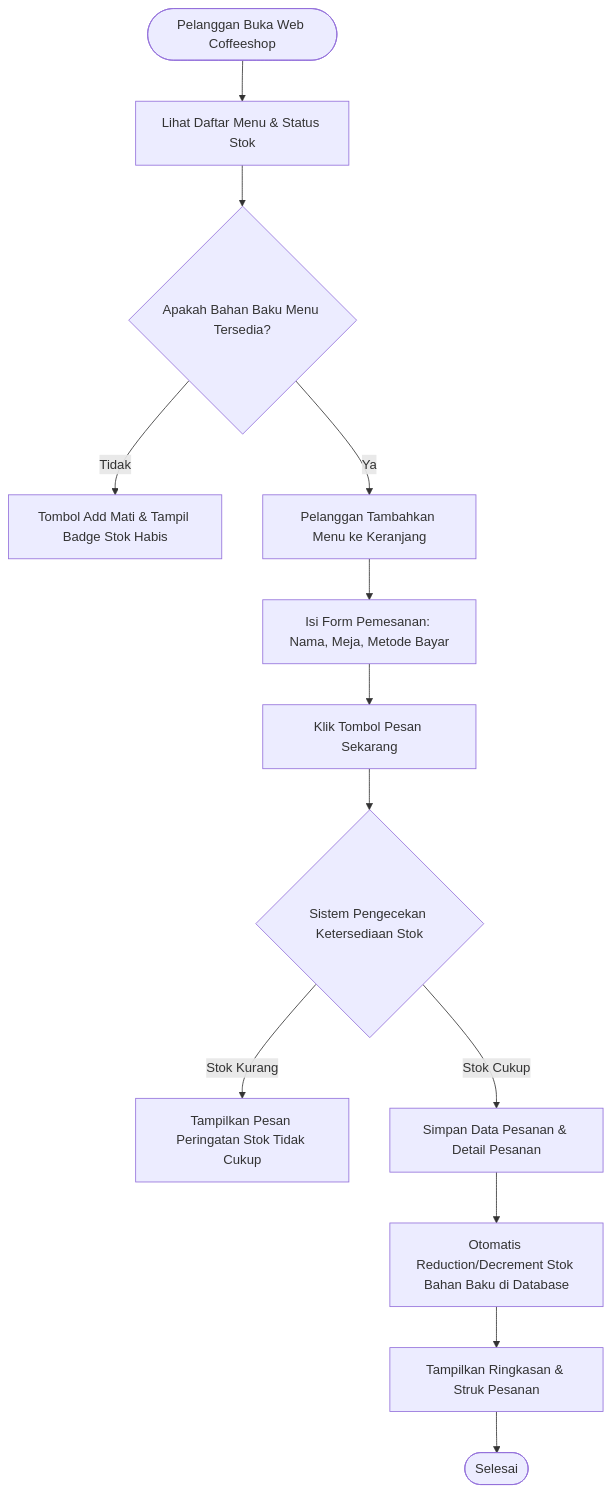
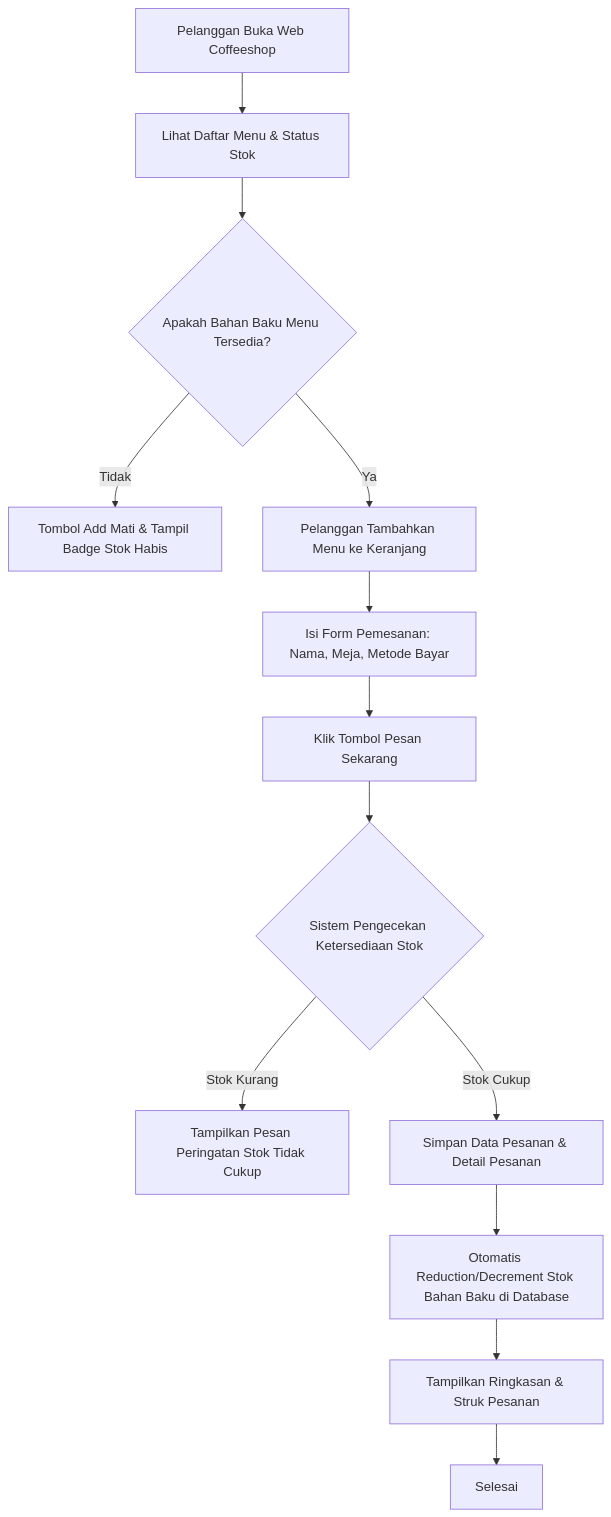
The first of 3 diagrams in README.md (kampusriset/24f_laravel_sipakar_coffeshop), drawn with Mermaid before and after one commit. The commit also changed other lines of this file, not shown here.

Commit message:
docs: ubah sintaks diagram Mermaid ke standar graph TD universal

````diff
--- a/README.md
+++ b/README.md
@@ -127,15 +128,15 @@
 ```mermaid
-flowchart TD
-    A(["Pelanggan Buka Web Coffeeshop"]) --> B["Lihat Daftar Menu & Status Stok"]
+graph TD
+    A["Pelanggan Buka Web Coffeeshop"] --> B["Lihat Daftar Menu & Status Stok"]
     B --> C{"Apakah Bahan Baku Menu Tersedia?"}
-    C -- "Tidak" --> D["Tombol Add Mati & Tampil Badge Stok Habis"]
-    C -- "Ya" --> E["Pelanggan Tambahkan Menu ke Keranjang"]
+    C -->|Tidak| D["Tombol Add Mati & Tampil Badge Stok Habis"]
+    C -->|Ya| E["Pelanggan Tambahkan Menu ke Keranjang"]
     E --> F["Isi Form Pemesanan: Nama, Meja, Metode Bayar"]
     F --> G["Klik Tombol Pesan Sekarang"]
     G --> H{"Sistem Pengecekan Ketersediaan Stok"}
-    H -- "Stok Kurang" --> I["Tampilkan Pesan Peringatan Stok Tidak Cukup"]
-    H -- "Stok Cukup" --> J["Simpan Data Pesanan & Detail Pesanan"]
+    H -->|Stok Kurang| I["Tampilkan Pesan Peringatan Stok Tidak Cukup"]
+    H -->|Stok Cukup| J["Simpan Data Pesanan & Detail Pesanan"]
     J --> K["Otomatis Reduction/Decrement Stok Bahan Baku di Database"]
     K --> L["Tampilkan Ringkasan & Struk Pesanan"]
-    L --> M(["Selesai"])
+    L --> M["Selesai"]
 ```
````
